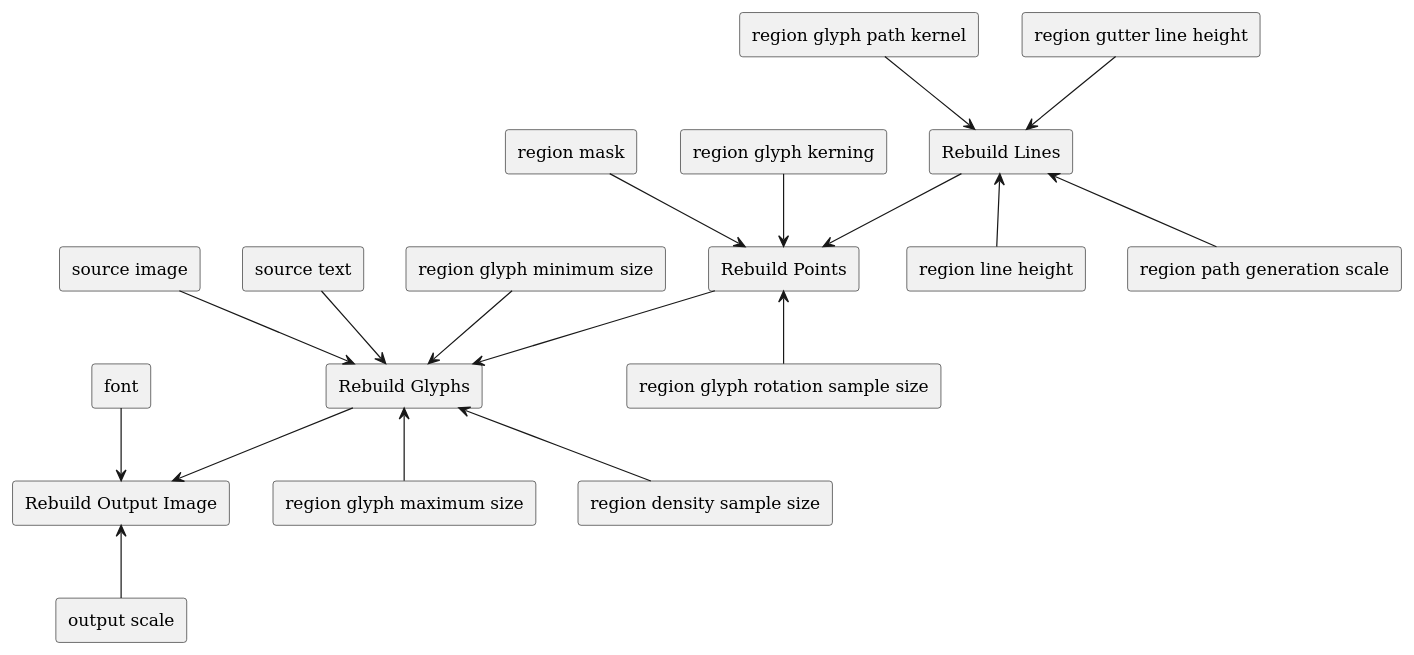
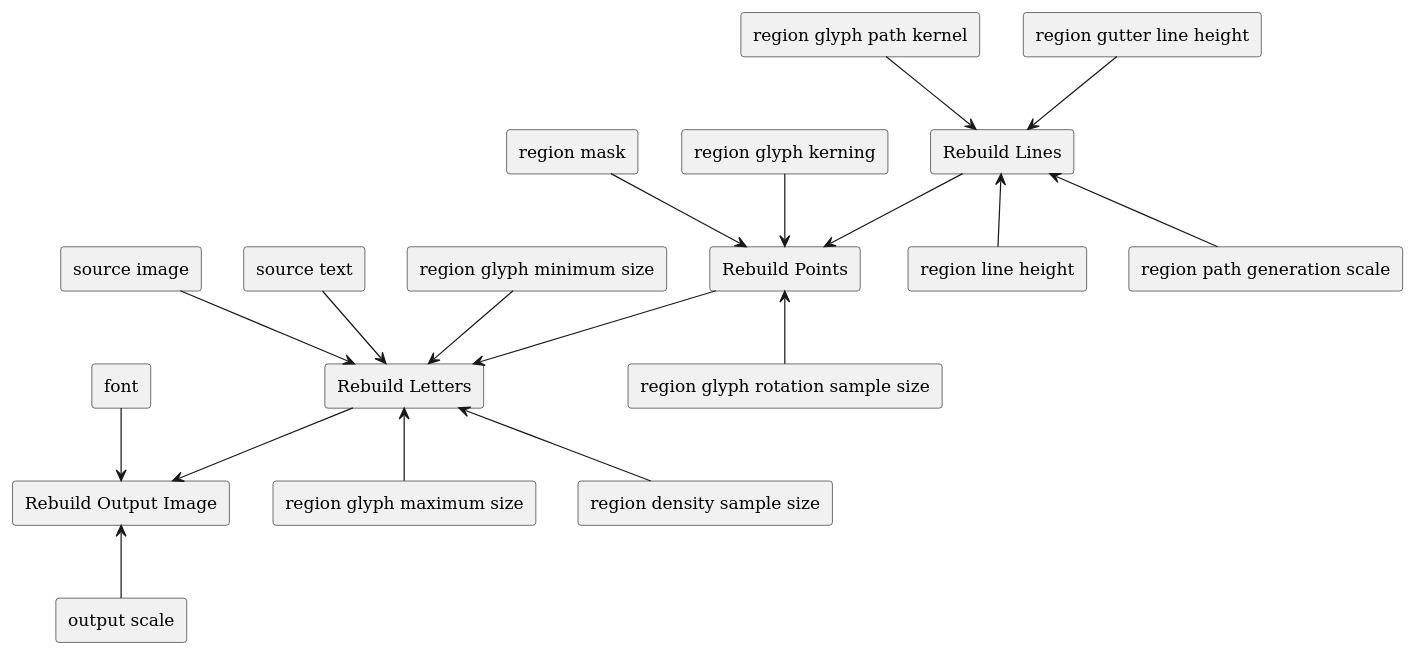
The diagram in documentation/Specification/diagrams/data_flow_subsys.plantuml (zwerdlds/GlyphMosaic), drawn with PlantUML before and after one commit. The commit also changed 6 other files, not shown here.

Commit message:
docs: initial change glyphs system to letter; data flow relationships completed.

```diff
--- a/documentation/Specification/diagrams/data_flow_subsys.plantuml
+++ b/documentation/Specification/diagrams/data_flow_subsys.plantuml
@@ -1,46 +1,46 @@
 @startuml data_flow_subsys
 skinparam defaultFontName DejaVu Serif
 
 rectangle "source image" as csi
 rectangle "source text" as cst
 rectangle "font" as cf
 rectangle "output scale" as cos
 rectangle "region mask" as crm
 rectangle "region glyph path kernel" as crpk
 rectangle "region gutter line height" as crglh
 rectangle "region line height" as crlh
 rectangle "region glyph kerning" as crgk
 rectangle "region glyph minimum size" as crgmins
 rectangle "region glyph maximum size" as crgmaxs
 rectangle "region density sample size" as crdss
 rectangle "region glyph rotation sample size" as crgrss
 rectangle "region path generation scale" as crpgs
 
-rectangle "Rebuild Lines" as rl
+rectangle "Rebuild Lines" as rli
 rectangle "Rebuild Points" as rp
-rectangle "Rebuild Glyphs" as rg
+rectangle "Rebuild Letters" as rle
 rectangle "Rebuild Output Image" as roi
 
-csi -d-> rg
-cst -d-> rg
-crgmins -d-> rg
-crgmaxs -u-> rg
-crdss -u-> rg
+csi -d-> rle
+cst -d-> rle
+crgmins -d-> rle
+crgmaxs -u-> rle
+crdss -u-> rle
 
 cf -d-> roi
 cos -u-> roi
 
 crm -d-> rp
 crgk -d-> rp
 crgrss -u-> rp
 
-crpk -d-> rl
-crglh -d-> rl
-crlh -u-> rl
-crpgs -u-> rl
+crpk -d-> rli
+crglh -d-> rli
+crlh -u-> rli
+crpgs -u-> rli
 
-rl -d-> rp
-rp -d-> rg
-rg -d-> roi
+rli -d-> rp
+rp -d-> rle
+rle -d-> roi
 
 @enduml
```
